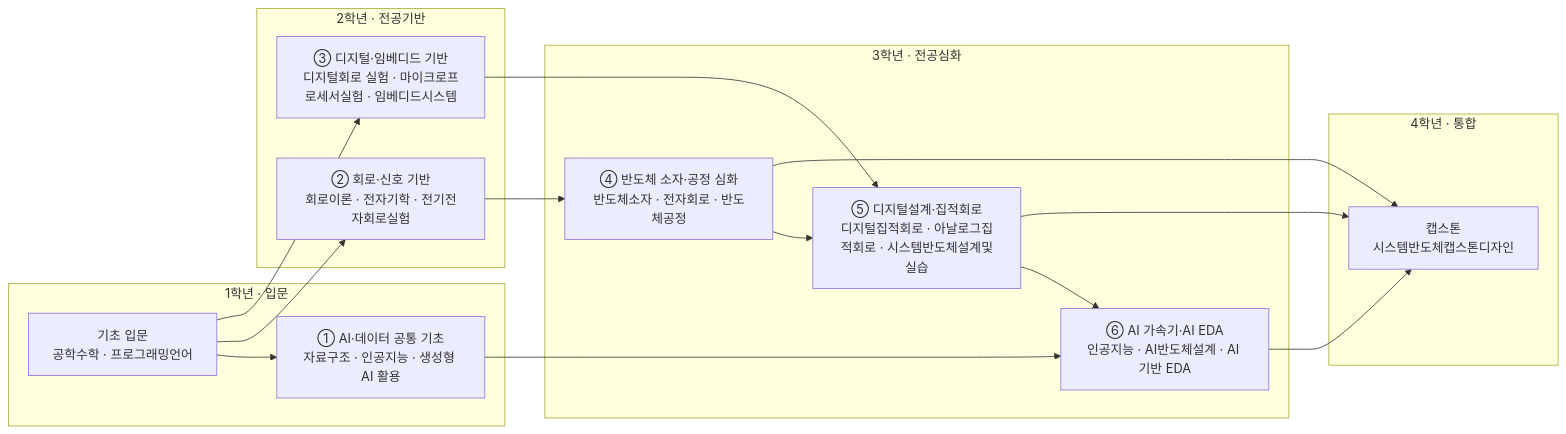
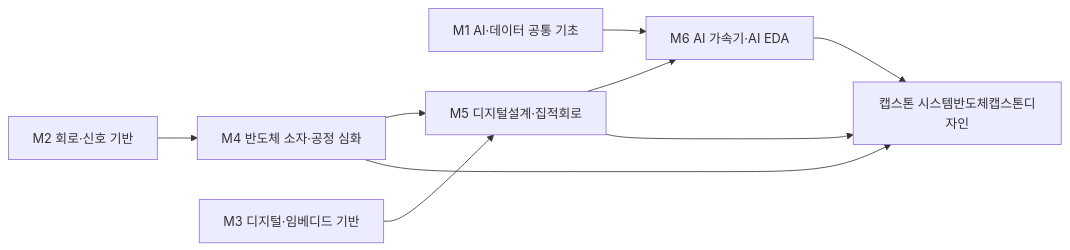
One commit to parclab-hsu/ai-curriculum-2026 changed the diagram in docs/it/system-semiconductor.md. Above: the diagram before and after it, drawn with Mermaid. The commit also changed other lines of this file and 22 other files, not shown here.

````diff
--- a/docs/it/system-semiconductor.md
+++ b/docs/it/system-semiconductor.md
@@ -136,30 +149,11 @@
 ```mermaid
 flowchart LR
-  subgraph Y1["1학년 · 입문"]
-    A0["기초 입문<br/>공학수학 · 프로그래밍언어"]
-    M1["① AI·데이터 공통 기초<br/>자료구조 · 인공지능 · 생성형 AI 활용"]
-  end
-  subgraph Y2["2학년 · 전공기반"]
-    M2["② 회로·신호 기반<br/>회로이론 · 전자기학 · 전기전자회로실험"]
-    M3["③ 디지털·임베디드 기반<br/>디지털회로 실험 · 마이크로프로세서실험 · 임베디드시스템"]
-  end
-  subgraph Y3["3학년 · 전공심화"]
-    M4["④ 반도체 소자·공정 심화<br/>반도체소자 · 전자회로 · 반도체공정"]
-    M5["⑤ 디지털설계·집적회로<br/>디지털집적회로 · 아날로그집적회로 · 시스템반도체설계및실습"]
-    M6["⑥ AI 가속기·AI EDA<br/>인공지능 · AI반도체설계 · AI 기반 EDA"]
-  end
-  subgraph Y4["4학년 · 통합"]
-    CAP["캡스톤<br/>시스템반도체캡스톤디자인"]
-  end
-  A0 --> M1
-  A0 --> M2
-  A0 --> M3
-  M1 --> M6
-  M2 --> M4
-  M3 --> M5
+  M1["M1 AI·데이터 공통 기초"] --> M6["M6 AI 가속기·AI EDA"]
+  M2["M2 회로·신호 기반"] --> M4["M4 반도체 소자·공정 심화"]
+  M3["M3 디지털·임베디드 기반"] --> M5["M5 디지털설계·집적회로"]
   M4 --> M5
   M5 --> M6
-  M4 --> CAP
+  M4 --> CAP["캡스톤 시스템반도체캡스톤디자인"]
   M5 --> CAP
   M6 --> CAP
 ```
````
